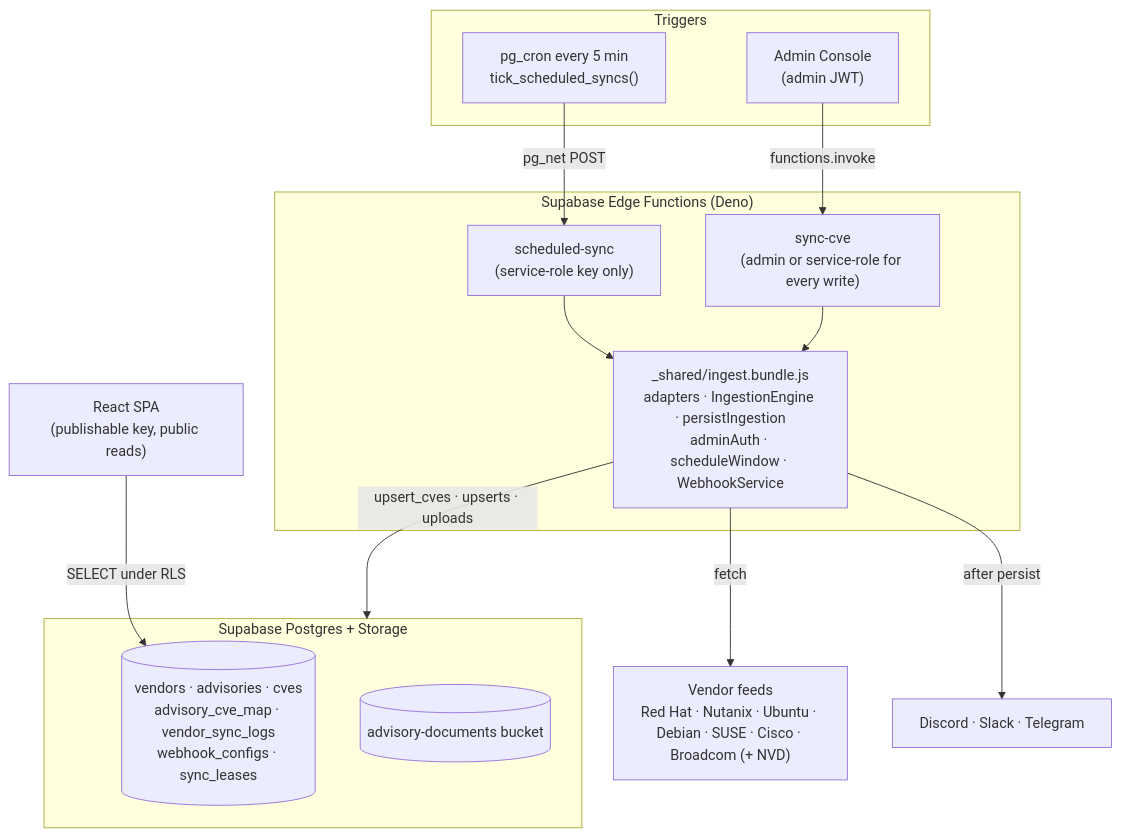
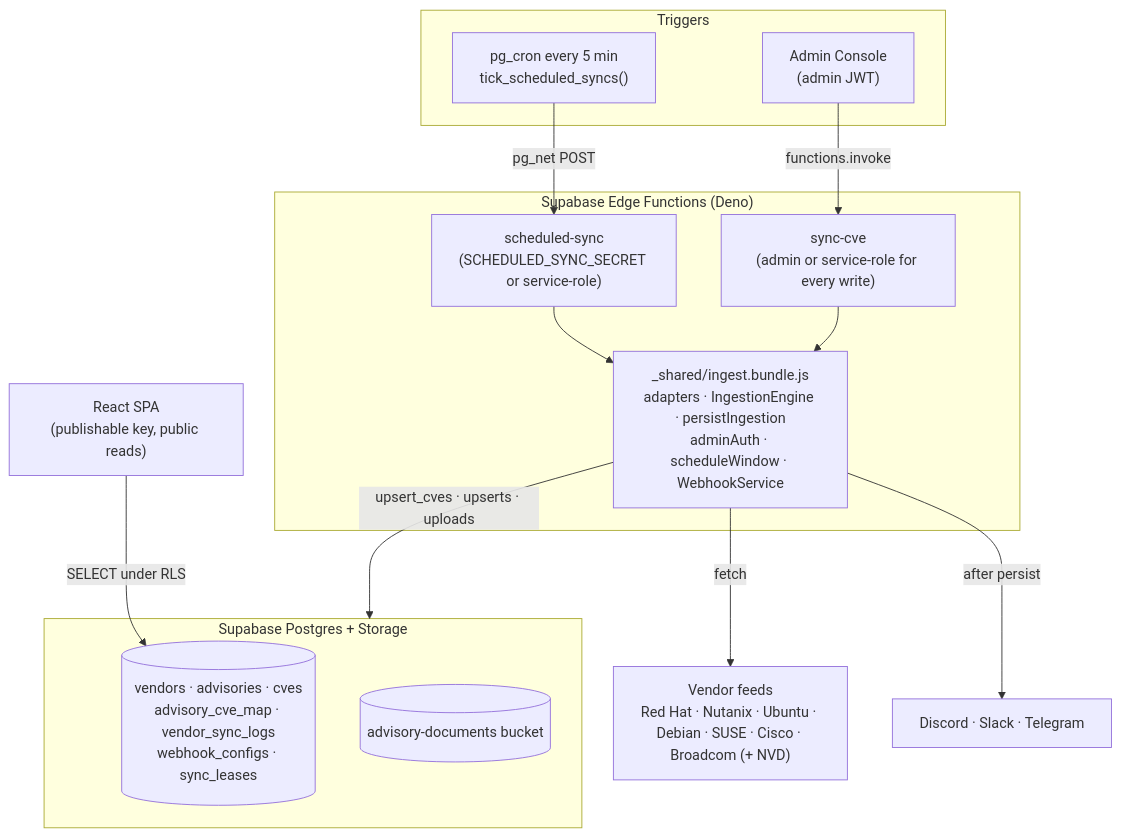
One commit to CTJ425/vuln-beacon changed the diagram in docs/agent/PLAN.md. Above: the diagram before and after it, drawn with Mermaid. The commit also changed 12 other files, not shown here.

````diff
--- a/docs/agent/PLAN.md
+++ b/docs/agent/PLAN.md
@@ -9,31 +9,31 @@
 ```mermaid
 flowchart TD
     subgraph Triggers
         Cron["pg_cron every 5 min<br/>tick_scheduled_syncs()"]
         Admin["Admin Console<br/>(admin JWT)"]
     end
 
     subgraph Edge["Supabase Edge Functions (Deno)"]
-        Sched["scheduled-sync<br/>(service-role key only)"]
+        Sched["scheduled-sync<br/>(SCHEDULED_SYNC_SECRET or service-role)"]
         SyncCve["sync-cve<br/>(admin or service-role for every write)"]
         Bundle["_shared/ingest.bundle.js<br/>adapters · IngestionEngine · persistIngestion<br/>adminAuth · scheduleWindow · WebhookService"]
     end
 
     subgraph DB["Supabase Postgres + Storage"]
         Tables[("vendors · advisories · cves<br/>advisory_cve_map · vendor_sync_logs<br/>webhook_configs · sync_leases")]
         Bucket[("advisory-documents bucket")]
     end
 
     Browser["React SPA<br/>(publishable key, public reads)"]
     Feeds["Vendor feeds<br/>Red Hat · Nutanix · Ubuntu · Debian · SUSE · Cisco · Broadcom (+ NVD)"]
     Hooks["Discord · Slack · Telegram"]
 
     Cron -->|pg_net POST| Sched
     Admin -->|functions.invoke| SyncCve
     Sched --> Bundle
     SyncCve --> Bundle
     Bundle -->|fetch| Feeds
     Bundle -->|upsert_cves · upserts · uploads| DB
     Bundle -->|after persist| Hooks
     Browser -->|SELECT under RLS| Tables
 ```
````
